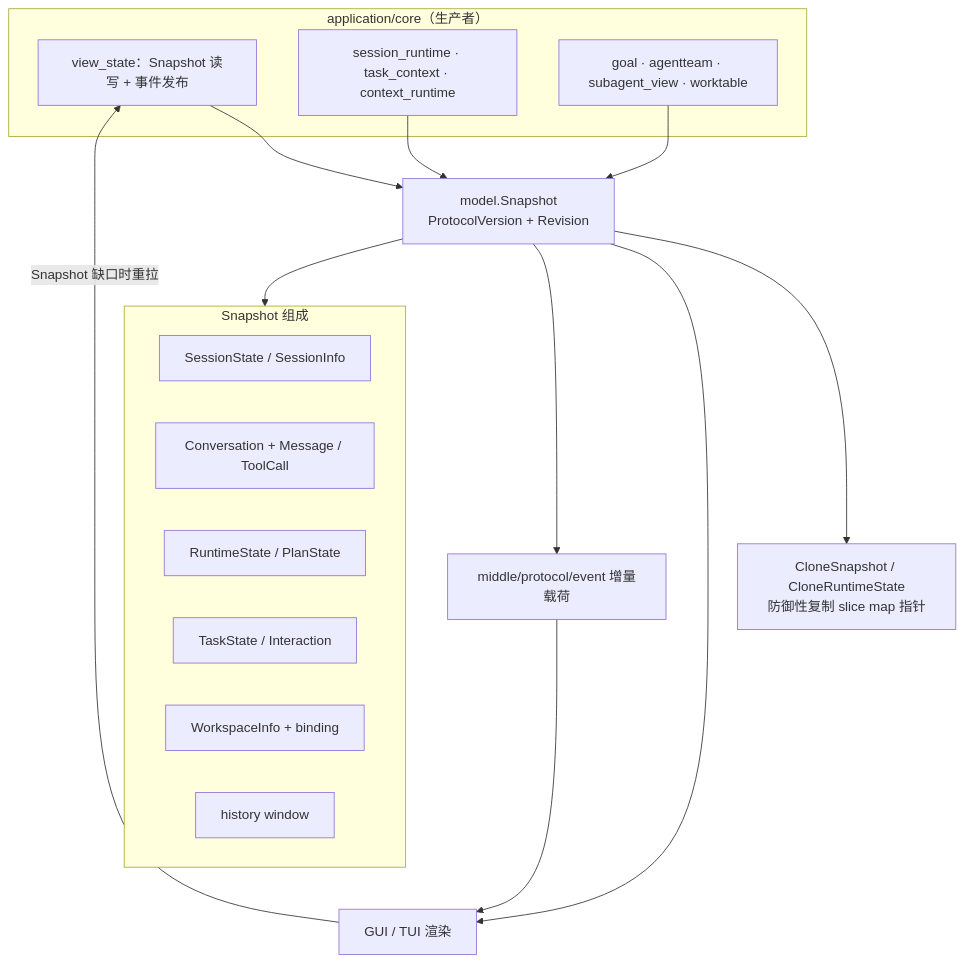
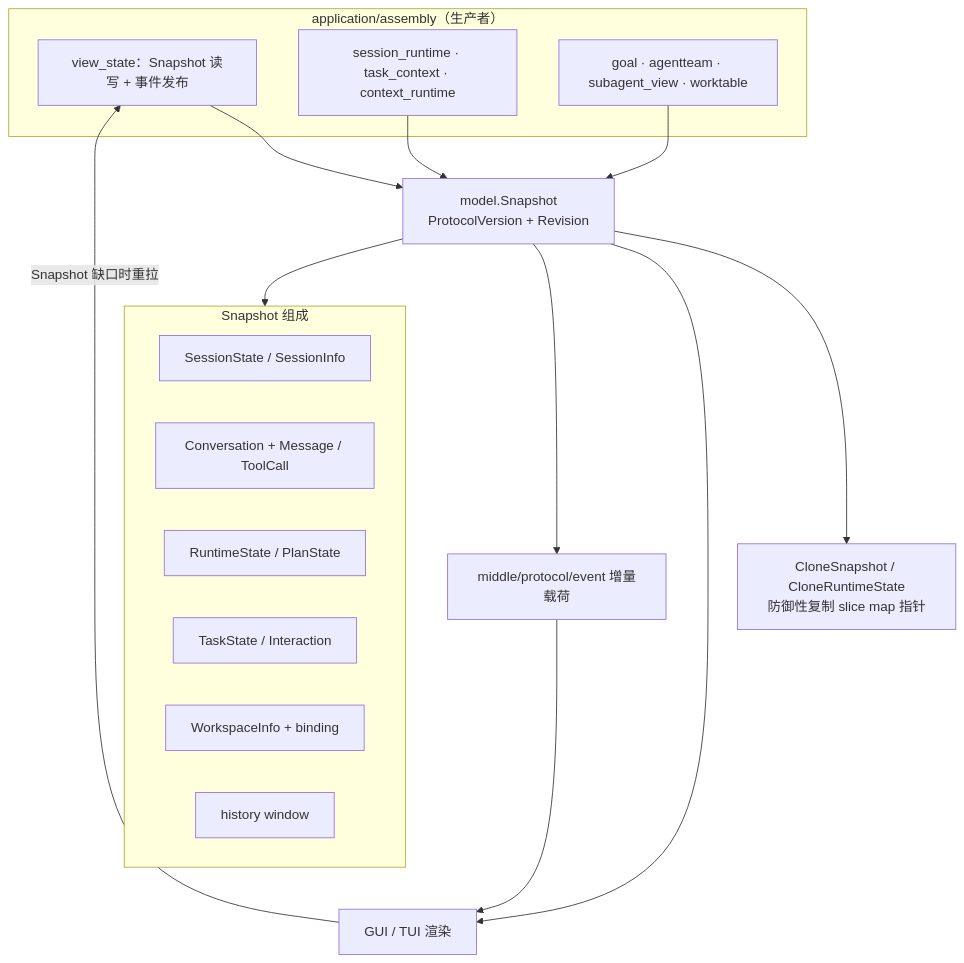
The first of 2 diagrams in middle/protocol/model/README.md (RedHuang-0622/seelex), drawn with Mermaid before and after one commit. The commit also changed other lines of this file and 941 other files, not shown here.

Commit message:
refactor(application): retire core package

````diff
--- a/middle/protocol/model/README.md
+++ b/middle/protocol/model/README.md
@@ -15,34 +15,34 @@
 ```mermaid
 flowchart TB
-    subgraph CORE["application/core（生产者）"]
+    subgraph CORE["application/assembly（生产者）"]
         VS["view_state：Snapshot 读写 + 事件发布"]
         RT["session_runtime · task_context · context_runtime"]
         GOAL["goal · agentteam · subagent_view · worktable"]
     end
 
     SNAP["model.Snapshot<br/>ProtocolVersion + Revision"]
 
     subgraph PARTS["Snapshot 组成"]
         SS["SessionState / SessionInfo"]
         CV["Conversation + Message / ToolCall"]
         RL["RuntimeState / PlanState"]
         TS["TaskState / Interaction"]
         WS["WorkspaceInfo + binding"]
         HW["history window"]
     end
 
     CLONE["CloneSnapshot / CloneRuntimeState<br/>防御性复制 slice map 指针"]
 
     FE["GUI / TUI 渲染"]
     EV["middle/protocol/event 增量载荷"]
 
     VS --> SNAP
     RT --> SNAP
     GOAL --> SNAP
     SNAP --> PARTS
     SNAP --> CLONE
     SNAP --> FE
     FE -->|Snapshot 缺口时重拉| VS
     SNAP --> EV
     EV --> FE
 ```
````
